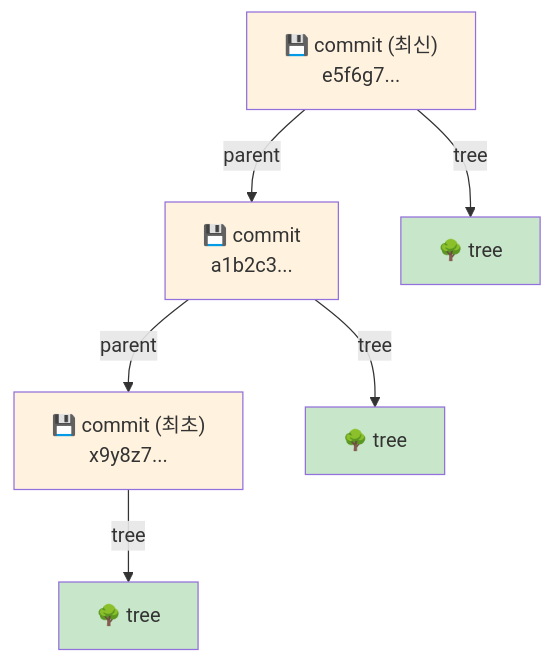
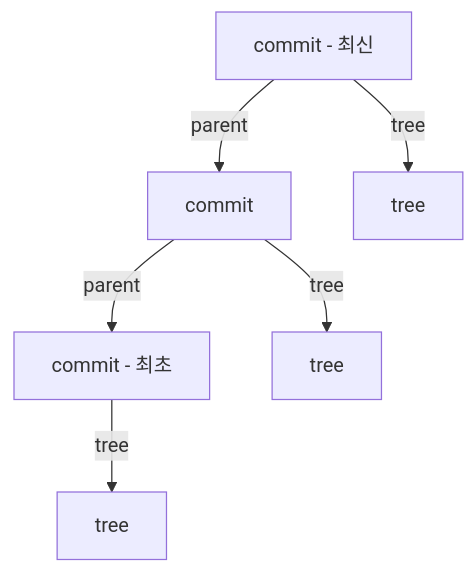
Before and after one commit to hiddenpunch/hiddenpunch.github.io: the fourth of 8 diagrams in content/posts/git-internals-01-object-storage.md, drawn with Mermaid. The commit also changed other lines of this file, not shown here.

Commit message:
Fix Mermaid syntax for v11 compatibility

```diff
--- a/content/posts/git-internals-01-object-storage.md
+++ b/content/posts/git-internals-01-object-storage.md
@@ -135,24 +86,8 @@
 <div class="mermaid">
-graph TB
-    C3["💾 commit (최신)<br/>e5f6g7..."]
-    C2["💾 commit<br/>a1b2c3..."]
-    C1["💾 commit (최초)<br/>x9y8z7..."]
-    
-    T3["🌳 tree"]
-    T2["🌳 tree"]
-    T1["🌳 tree"]
-    
-    C3 -->|"parent"| C2
-    C2 -->|"parent"| C1
-    
-    C3 -->|"tree"| T3
-    C2 -->|"tree"| T2
-    C1 -->|"tree"| T1
-    
-    style C3 fill:#fff3e0
-    style C2 fill:#fff3e0
-    style C1 fill:#fff3e0
-    style T3 fill:#c8e6c9
-    style T2 fill:#c8e6c9
-    style T1 fill:#c8e6c9
+flowchart TB
+    C3[commit - 최신] -->|parent| C2[commit]
+    C2 -->|parent| C1[commit - 최초]
+    C3 -->|tree| T3[tree]
+    C2 -->|tree| T2[tree]
+    C1 -->|tree| T1[tree]
 </div>
```
